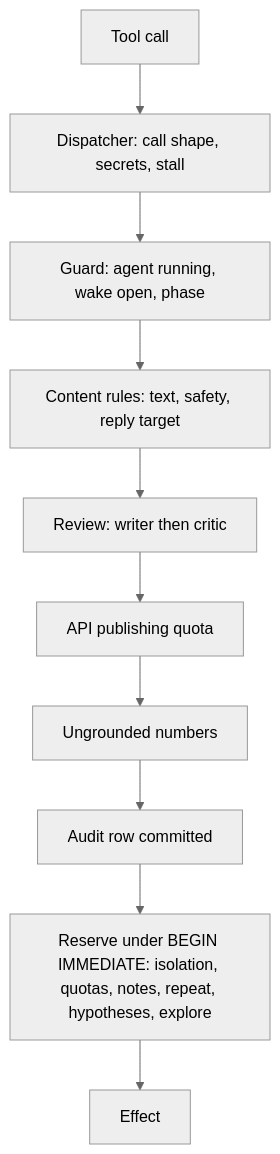
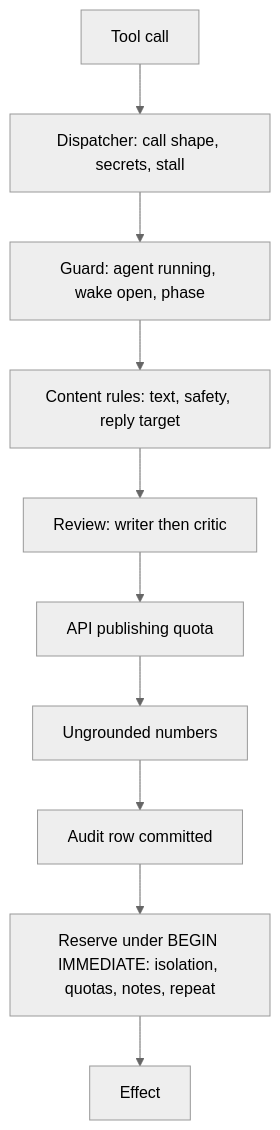
One commit to canhta/threadwalker changed the diagram in docs/guards.md. Above: the diagram before and after it, drawn with Mermaid (neutral theme). The commit also changed other lines of this file and 14 other files, not shown here.

````diff
--- a/docs/guards.md
+++ b/docs/guards.md
@@ -7,12 +7,12 @@
 ```mermaid
 flowchart TD
   A[Tool call] --> B[Dispatcher: call shape, secrets, stall]
   B --> C[Guard: agent running, wake open, phase]
   C --> D[Content rules: text, safety, reply target]
   D --> E[Review: writer then critic]
   E --> F[API publishing quota]
   F --> G[Ungrounded numbers]
   G --> H[Audit row committed]
-  H --> I[Reserve under BEGIN IMMEDIATE: isolation, quotas, notes, repeat, hypotheses, explore]
+  H --> I[Reserve under BEGIN IMMEDIATE: isolation, quotas, notes, repeat]
   I --> J[Effect]
 ```
````
